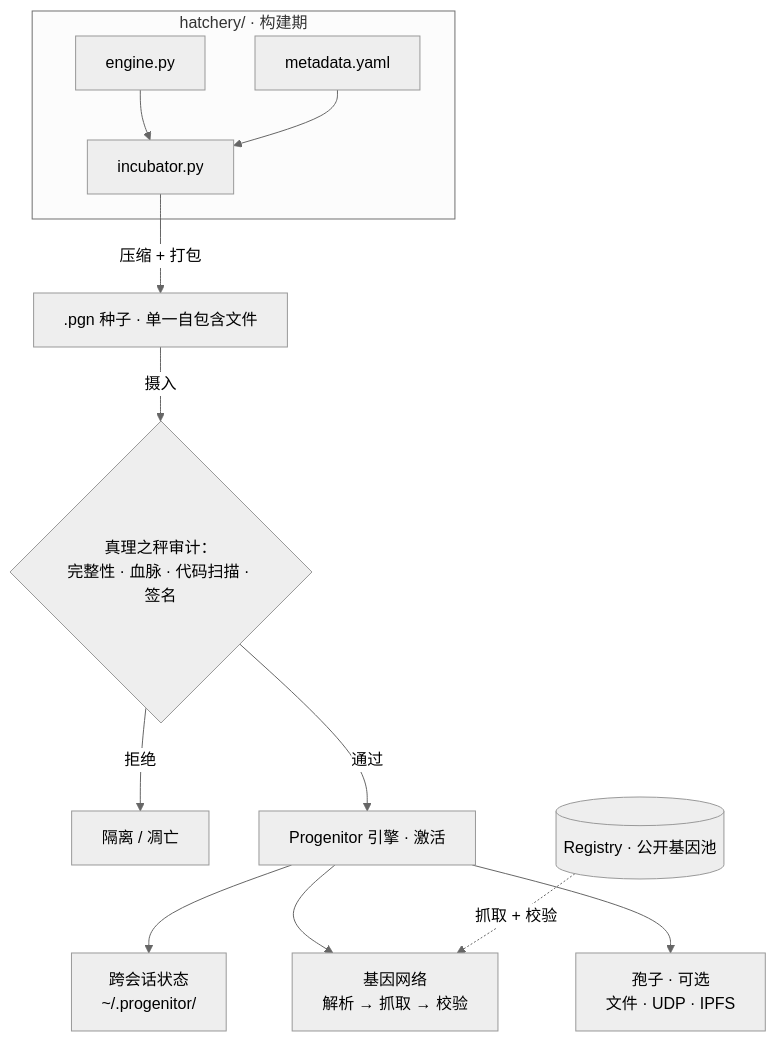
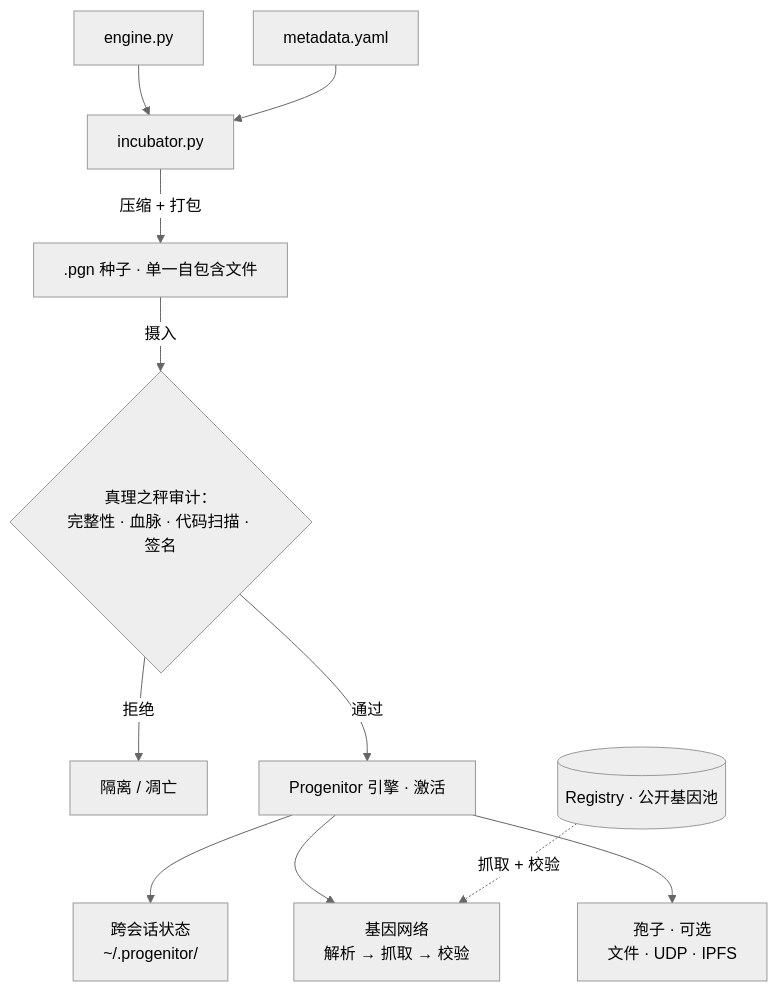
Before and after one commit to Audrey-cn/progenitor-protocol: the first of 2 diagrams in README_CN.md, drawn with Mermaid (neutral theme). The commit also changed 1 other file, not shown here.

Commit message:
docs: flatten Mermaid subgraph to plain nodes (guaranteed-render)
The architecture flowchart used 'subgraph id["title"]' with special chars in the title — not render-testable locally and inconsistently supported across Mermaid versions. Flattened to plain nodes (engine.py + metadata.yaml -> incubator -> seed); same information, no subgraph, renders reliably on GitHub.

````diff
--- a/README_CN.md
+++ b/README_CN.md
@@ -163,15 +163,13 @@
 ```mermaid
 flowchart TD
-    subgraph build["hatchery/ · 构建期"]
-        E["engine.py"] --> I["incubator.py"]
-        M["metadata.yaml"] --> I
-    end
+    E["engine.py"] --> I["incubator.py"]
+    M["metadata.yaml"] --> I["incubator.py"]
     I -->|"压缩 + 打包"| SEED[".pgn 种子 · 单一自包含文件"]
     SEED -->|摄入| CR{"真理之秤审计：<br/>完整性 · 血脉 · 代码扫描 · 签名"}
     CR -->|拒绝| Q["隔离 / 凋亡"]
     CR -->|通过| ENG["Progenitor 引擎 · 激活"]
     ENG --> ST["跨会话状态<br/>~/.progenitor/"]
     ENG --> GN["基因网络<br/>解析 → 抓取 → 校验"]
     ENG --> SP["孢子 · 可选<br/>文件 · UDP · IPFS"]
     REG[("Registry · 公开基因池")] -. "抓取 + 校验" .-> GN
 ```
````
